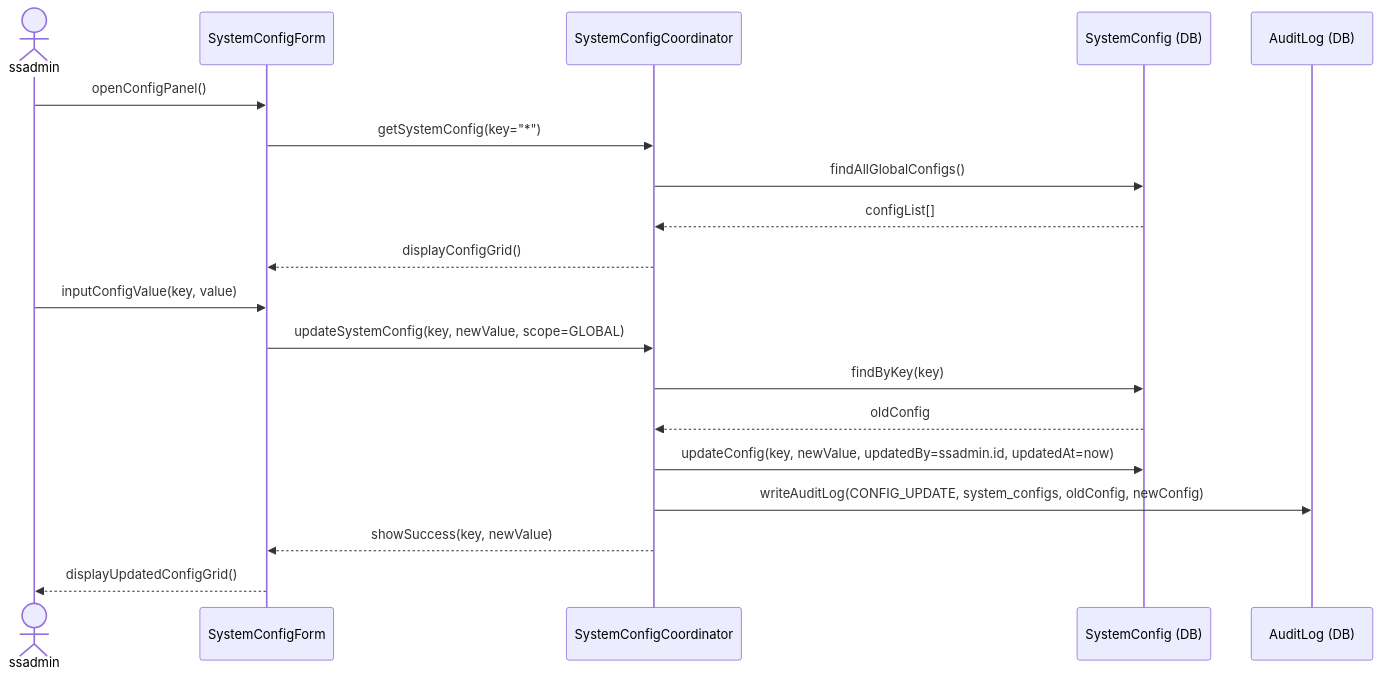
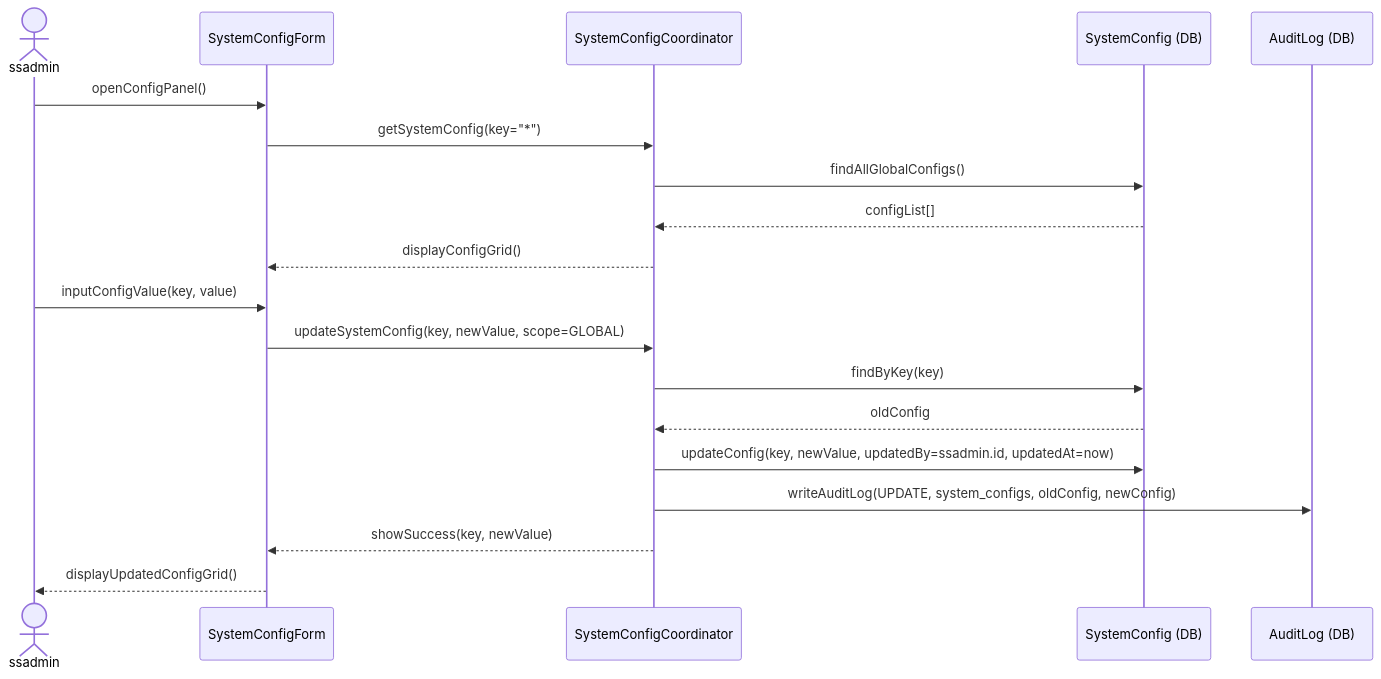
Before and after one commit to Shaichi/Khoga_coffe_shop: the second of 3 diagrams in rds_sections/14_detailed_3_11_config_branch.md, drawn with Mermaid. The commit also changed other lines of this file and 15 other files, not shown here.

````diff
--- a/rds_sections/14_detailed_3_11_config_branch.md
+++ b/rds_sections/14_detailed_3_11_config_branch.md
@@ -97,23 +97,23 @@
 ```mermaid
 sequenceDiagram
     actor ssadmin
     participant ConfigForm as SystemConfigForm
     participant ConfigCoord as SystemConfigCoordinator
     participant ConfigDB as SystemConfig (DB)
     participant AuditDB as AuditLog (DB)
 
     ssadmin->>ConfigForm: openConfigPanel()
     ConfigForm->>ConfigCoord: getSystemConfig(key="*")
     ConfigCoord->>ConfigDB: findAllGlobalConfigs()
     ConfigDB-->>ConfigCoord: configList[]
     ConfigCoord-->>ConfigForm: displayConfigGrid()
 
     ssadmin->>ConfigForm: inputConfigValue(key, value)
     ConfigForm->>ConfigCoord: updateSystemConfig(key, newValue, scope=GLOBAL)
     ConfigCoord->>ConfigDB: findByKey(key)
     ConfigDB-->>ConfigCoord: oldConfig
     ConfigCoord->>ConfigDB: updateConfig(key, newValue, updatedBy=ssadmin.id, updatedAt=now)
-    ConfigCoord->>AuditDB: writeAuditLog(CONFIG_UPDATE, system_configs, oldConfig, newConfig)
+    ConfigCoord->>AuditDB: writeAuditLog(UPDATE, system_configs, oldConfig, newConfig)
     ConfigCoord-->>ConfigForm: showSuccess(key, newValue)
     ConfigForm-->>ssadmin: displayUpdatedConfigGrid()
 ```
````
